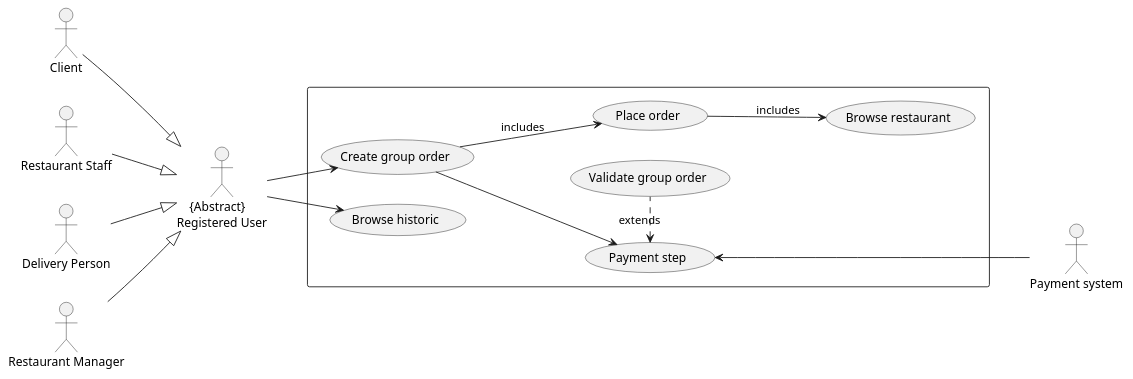
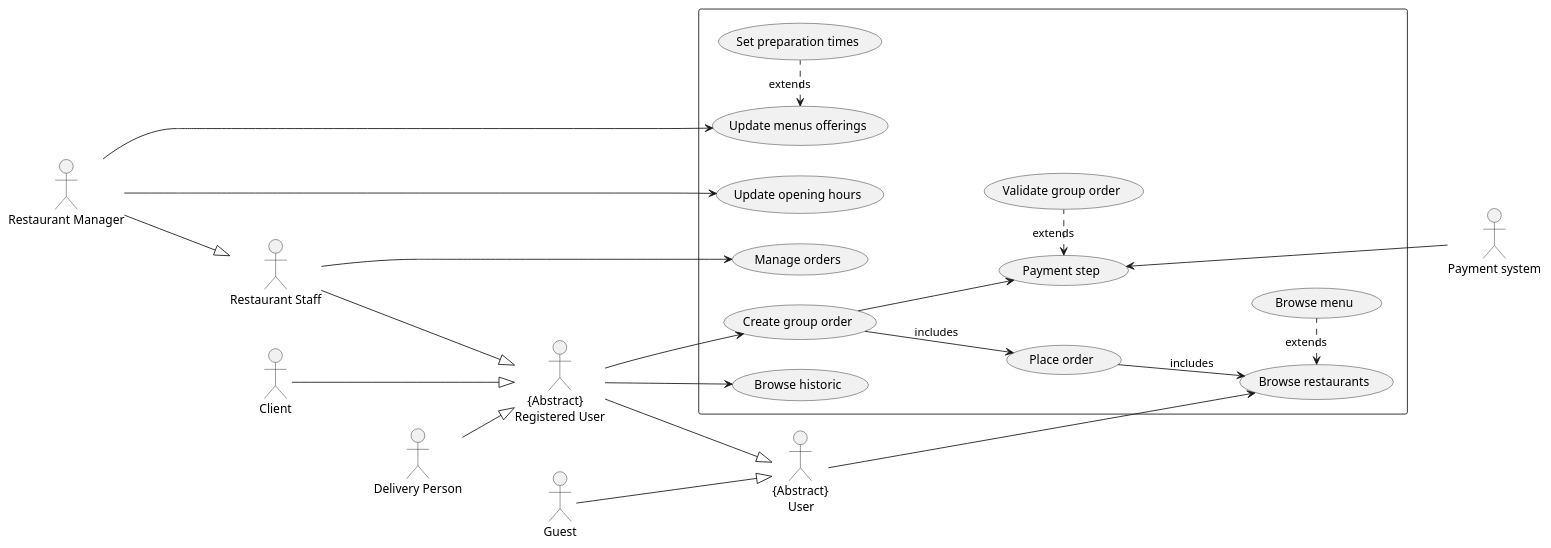
The first of 2 diagrams in doc/uml.md (Other-Project/SI4-STEats), drawn with PlantUML before and after one commit. The commit also changed other lines of this file, not shown here.

Commit message:
docs: Merge use case diagrams

````diff
--- a/doc/uml.md
+++ b/doc/uml.md
@@ -42,30 +15,49 @@
 ```plantuml
 @startuml
 left to right direction
-actor "    {Abstract}\nRegistered User" as user
+actor "Restaurant Manager" as manager
+actor "Restaurant Staff" as restaurant
 actor "Client" as client
-actor "Restaurant Staff" as restaurant
 actor "Delivery Person" as delivery
-actor "Restaurant Manager" as manager
+actor "    {Abstract}\nRegistered User" as registered_user
+actor "Guest" as guest
+actor "{Abstract}\n     User" as user
 rectangle {
-  usecase "Browse restaurant" as UC1
-  usecase "Payment step" as UC2
+  usecase "Browse restaurants" as UC1
+  usecase "Browse menu" as UC2
+  usecase "Update opening hours" as UC10
+  usecase "Update menus offerings" as UC20
+  usecase "Set preparation times" as UC30
+  usecase "Manage orders" as UC40
   usecase "Place order" as UC3
   usecase "Create group order" as UC4
   usecase "Validate group order" as UC5
   usecase "Browse historic" as UC6
+  usecase "Payment step" as UC7
 }
 actor "Payment system" as payment_system
-manager --|> user
-client --|> user
-restaurant --|> user
-delivery --|> user
+guest ---|> user
+client ---|> registered_user
+manager ---|> restaurant
+delivery --|> registered_user
+restaurant ---|> registered_user
+registered_user ---|> user
+
+user ---> UC1
+UC1 <. UC2 : extends
+ 
 UC3 --> UC1 : includes
-user --> UC4 
-user --> UC6
+registered_user ---> UC4 
+registered_user ---> UC6
 UC4 --> UC3 : includes
-UC4 --> UC2
-UC2 <. UC5 : extends
-UC2 <--- payment_system
+UC4 --> UC7
+UC7 <. UC5 : extends
+UC7 <--- payment_system
+
+restaurant --> UC40
+manager ---> UC10
+manager ---> UC20
+UC20 <. UC30 : extends
+
 @enduml
 ```
````
